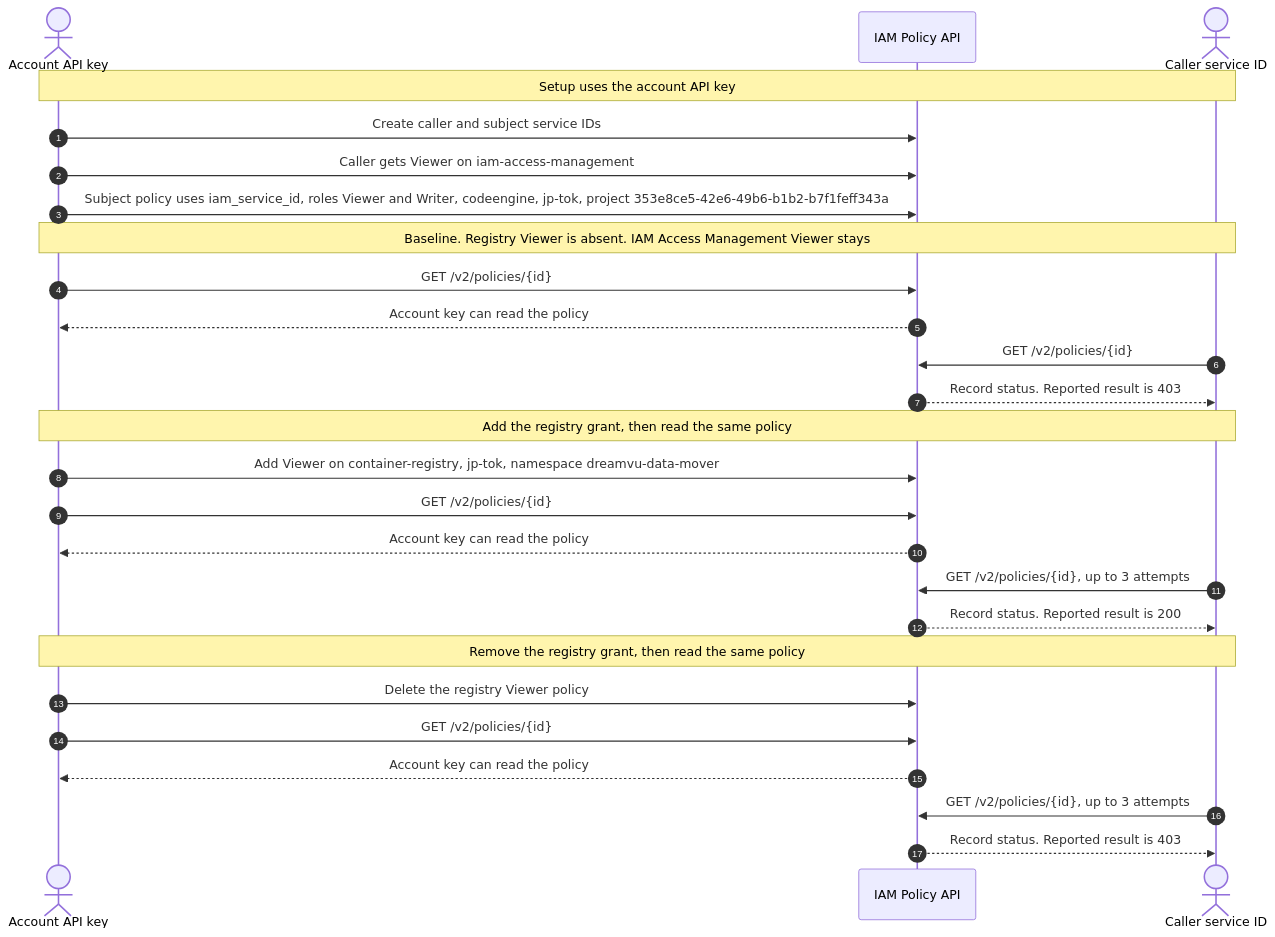
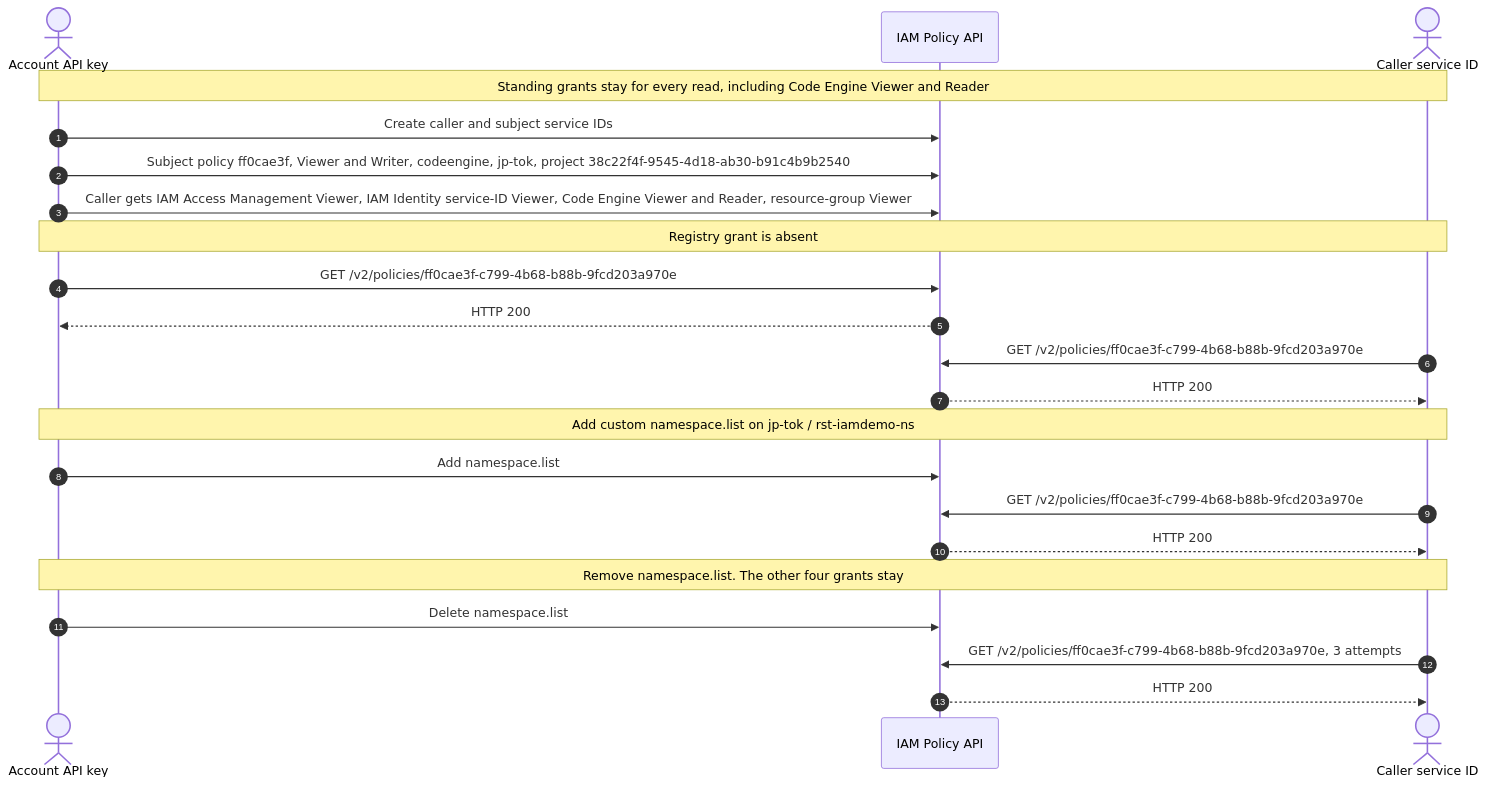
Before and after one commit to greyhoundforty/ibm-iam-issue-test: the first of 2 diagrams in README.md, drawn with Mermaid. The commit also changed other lines of this file and 2 other files, not shown here.

Commit message:
Adding in new test flow and results

````diff
--- a/README.md
+++ b/README.md
@@ -23,32 +28,28 @@
 ```mermaid
 sequenceDiagram
     autonumber
     actor Admin as Account API key
     participant IAM as IAM Policy API
     actor Caller as Caller service ID
 
-    Note over Admin,Caller: Setup uses the account API key
+    Note over Admin,Caller: Standing grants stay for every read, including Code Engine Viewer and Reader
     Admin->>IAM: Create caller and subject service IDs
-    Admin->>IAM: Caller gets Viewer on iam-access-management
-    Admin->>IAM: Subject policy uses iam_service_id, roles Viewer and Writer, codeengine, jp-tok, project 353e8ce5-42e6-49b6-b1b2-b7f1feff343a
+    Admin->>IAM: Subject policy ff0cae3f, Viewer and Writer, codeengine, jp-tok, project 38c22f4f-9545-4d18-ab30-b91c4b9b2540
+    Admin->>IAM: Caller gets IAM Access Management Viewer, IAM Identity service-ID Viewer, Code Engine Viewer and Reader, resource-group Viewer
 
-    Note over Admin,Caller: Baseline. Registry Viewer is absent. IAM Access Management Viewer stays
-    Admin->>IAM: GET /v2/policies/{id}
-    IAM-->>Admin: Account key can read the policy
-    Caller->>IAM: GET /v2/policies/{id}
-    IAM-->>Caller: Record status. Reported result is 403
+    Note over Admin,Caller: Registry grant is absent
+    Admin->>IAM: GET /v2/policies/ff0cae3f-c799-4b68-b88b-9fcd203a970e
+    IAM-->>Admin: HTTP 200
+    Caller->>IAM: GET /v2/policies/ff0cae3f-c799-4b68-b88b-9fcd203a970e
+    IAM-->>Caller: HTTP 200
 
-    Note over Admin,Caller: Add the registry grant, then read the same policy
-    Admin->>IAM: Add Viewer on container-registry, jp-tok, namespace dreamvu-data-mover
-    Admin->>IAM: GET /v2/policies/{id}
-    IAM-->>Admin: Account key can read the policy
-    Caller->>IAM: GET /v2/policies/{id}, up to 3 attempts
-    IAM-->>Caller: Record status. Reported result is 200
+    Note over Admin,Caller: Add custom namespace.list on jp-tok / rst-iamdemo-ns
+    Admin->>IAM: Add namespace.list
+    Caller->>IAM: GET /v2/policies/ff0cae3f-c799-4b68-b88b-9fcd203a970e
+    IAM-->>Caller: HTTP 200
 
-    Note over Admin,Caller: Remove the registry grant, then read the same policy
-    Admin->>IAM: Delete the registry Viewer policy
-    Admin->>IAM: GET /v2/policies/{id}
-    IAM-->>Admin: Account key can read the policy
-    Caller->>IAM: GET /v2/policies/{id}, up to 3 attempts
-    IAM-->>Caller: Record status. Reported result is 403
+    Note over Admin,Caller: Remove namespace.list. The other four grants stay
+    Admin->>IAM: Delete namespace.list
+    Caller->>IAM: GET /v2/policies/ff0cae3f-c799-4b68-b88b-9fcd203a970e, 3 attempts
+    IAM-->>Caller: HTTP 200
 ```
````
